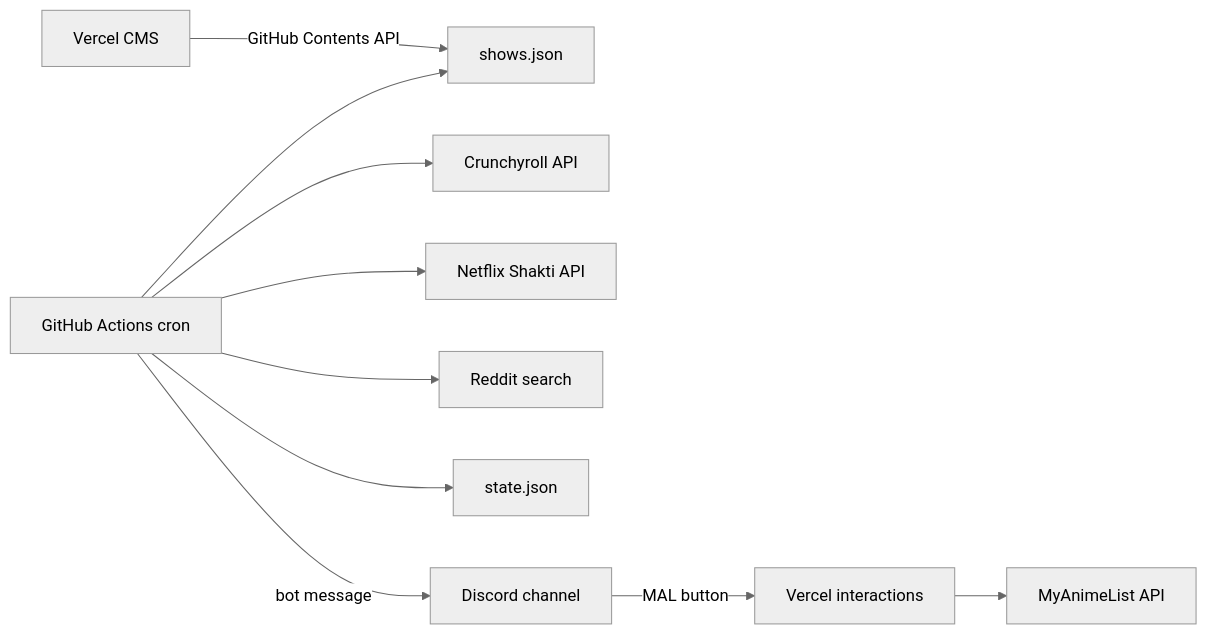
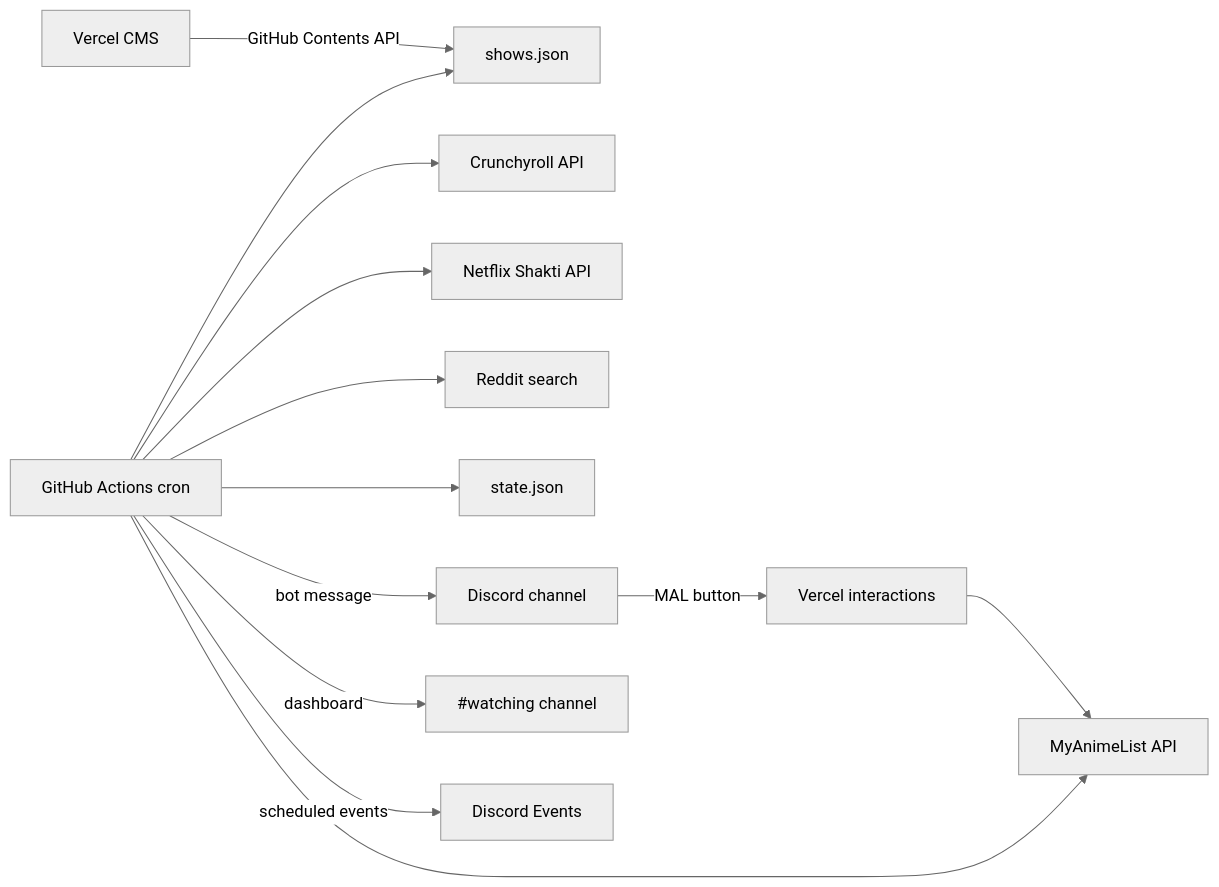
Before and after one commit to n9d0g/anime-ep-checker: the diagram in README.md, drawn with Mermaid (neutral theme). The commit also changed other lines of this file and 15 other files, not shown here.

Commit message:
feat: :sparkles: discord events + dashboard; UI update

````diff
--- a/README.md
+++ b/README.md
@@ -7,12 +7,15 @@
 ```mermaid
 flowchart LR
   Admin[Vercel CMS] -->|GitHub Contents API| Shows[shows.json]
   Cron[GitHub Actions cron] --> Shows
   Cron --> CR[Crunchyroll API]
   Cron --> NF[Netflix Shakti API]
   Cron --> Reddit[Reddit search]
   Cron --> State[state.json]
   Cron -->|bot message| Discord[Discord channel]
+  Cron -->|dashboard| Watching[#watching channel]
+  Cron -->|scheduled events| Events[Discord Events]
   Discord -->|MAL button| Vercel[Vercel interactions]
   Vercel --> MAL[MyAnimeList API]
+  Cron --> MAL
 ```
````
